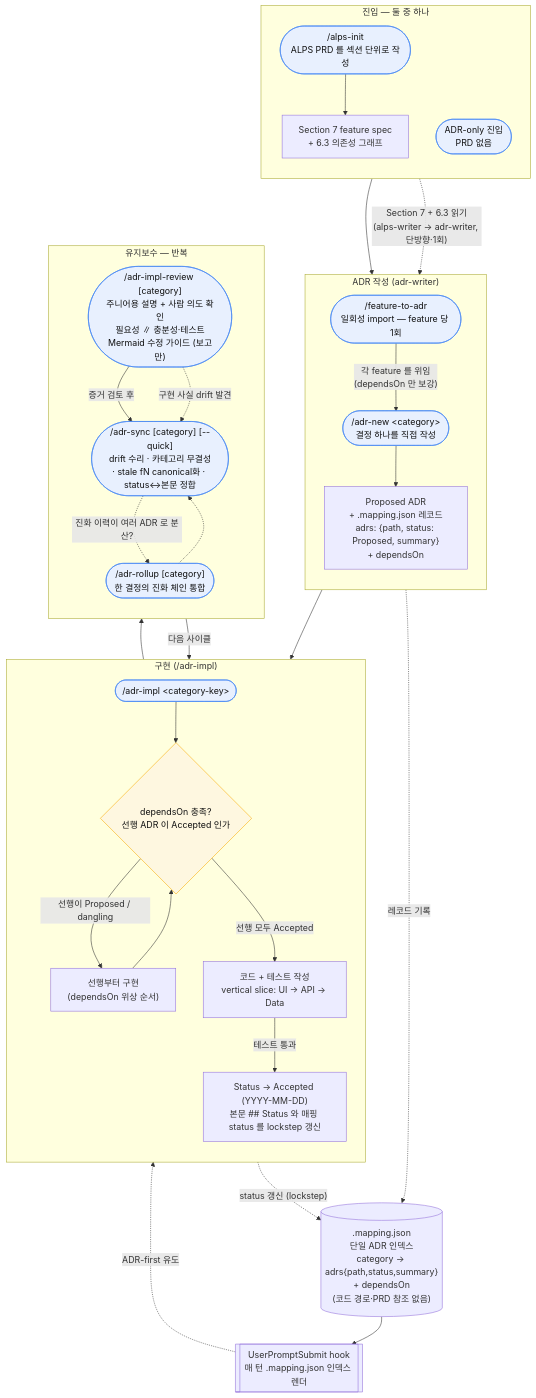
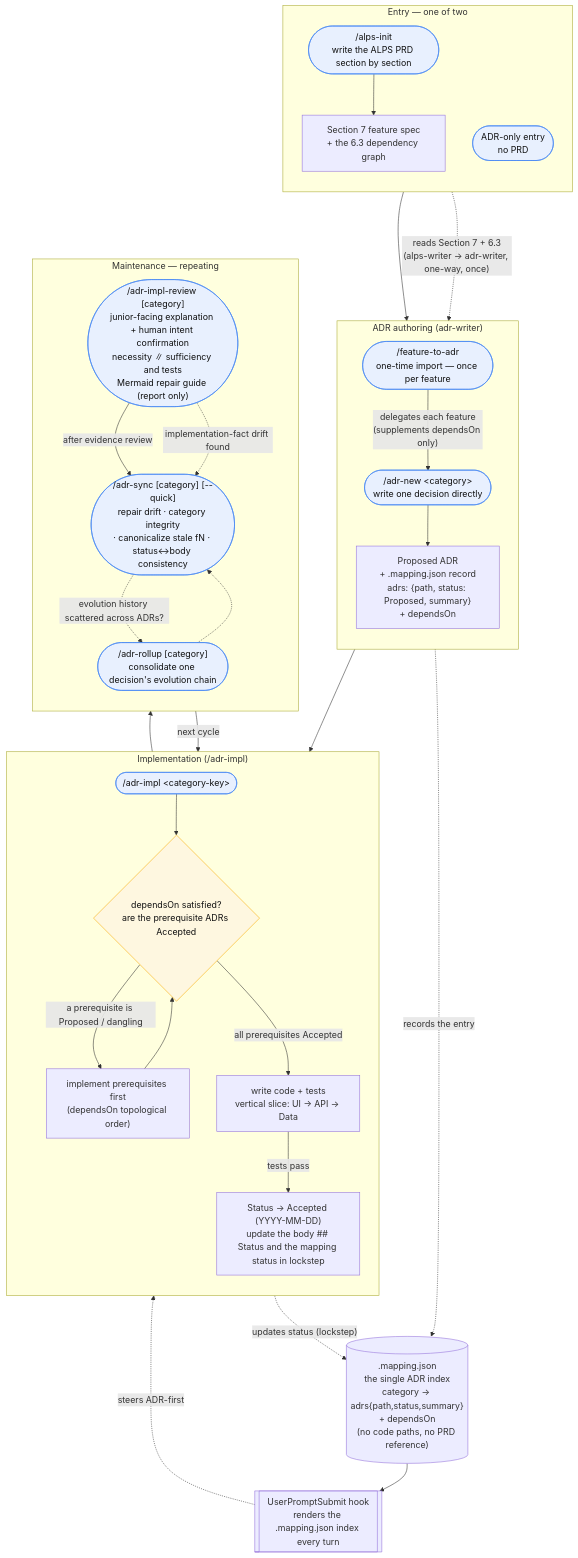
The first of 3 diagrams in docs/adr-process.md (haandol/alps-writer-mcp), drawn with Mermaid before and after one commit. The commit also changed other lines of this file and 40 other files, not shown here.

````diff
--- a/docs/adr-process.md
+++ b/docs/adr-process.md
@@ -15,63 +15,63 @@
 ```mermaid
 flowchart TD
-    subgraph entry["진입 — 둘 중 하나"]
+    subgraph entry["Entry — one of two"]
         direction TB
-        AlpsInit(["/alps-init<br/>ALPS PRD 를 섹션 단위로 작성"])
-        S7["Section 7 feature spec<br/>+ 6.3 의존성 그래프"]
+        AlpsInit(["/alps-init<br/>write the ALPS PRD section by section"])
+        S7["Section 7 feature spec<br/>+ the 6.3 dependency graph"]
         AlpsInit --> S7
-        ADROnly(["ADR-only 진입<br/>PRD 없음"])
+        ADROnly(["ADR-only entry<br/>no PRD"])
     end
 
-    subgraph author["ADR 작성 (adr-writer)"]
+    subgraph author["ADR authoring (adr-writer)"]
         direction TB
-        F2A(["/feature-to-adr<br/>일회성 import — feature 당 1회"])
-        New(["/adr-new &lt;category&gt;<br/>결정 하나를 직접 작성"])
-        Proposed["Proposed ADR<br/>+ .mapping.json 레코드<br/>adrs: {path, status: Proposed, summary}<br/>+ dependsOn"]
-        F2A -->|"각 feature 를 위임<br/>(dependsOn 만 보강)"| New
+        F2A(["/feature-to-adr<br/>one-time import — once per feature"])
+        New(["/adr-new &lt;category&gt;<br/>write one decision directly"])
+        Proposed["Proposed ADR<br/>+ .mapping.json record<br/>adrs: {path, status: Proposed, summary}<br/>+ dependsOn"]
+        F2A -->|"delegates each feature<br/>(supplements dependsOn only)"| New
         New --> Proposed
     end
 
-    subgraph impl["구현 (/adr-impl)"]
+    subgraph impl["Implementation (/adr-impl)"]
         direction TB
         Impl(["/adr-impl &lt;category-key&gt;"])
-        Gate{"dependsOn 충족?<br/>선행 ADR 이 Accepted 인가"}
-        Prereq["선행부터 구현<br/>(dependsOn 위상 순서)"]
-        Code["코드 + 테스트 작성<br/>vertical slice: UI → API → Data"]
-        Accepted["Status → Accepted (YYYY-MM-DD)<br/>본문 ## Status 와 매핑 status 를 lockstep 갱신"]
+        Gate{"dependsOn satisfied?<br/>are the prerequisite ADRs Accepted"}
+        Prereq["implement prerequisites first<br/>(dependsOn topological order)"]
+        Code["write code + tests<br/>vertical slice: UI → API → Data"]
+        Accepted["Status → Accepted (YYYY-MM-DD)<br/>update the body ## Status and the mapping status in lockstep"]
         Impl --> Gate
-        Gate -->|"선행이 Proposed / dangling"| Prereq
+        Gate -->|"a prerequisite is Proposed / dangling"| Prereq
         Prereq --> Gate
-        Gate -->|"선행 모두 Accepted"| Code
-        Code -->|"테스트 통과"| Accepted
+        Gate -->|"all prerequisites Accepted"| Code
+        Code -->|"tests pass"| Accepted
     end
 
-    subgraph maint["유지보수 — 반복"]
+    subgraph maint["Maintenance — repeating"]
         direction TB
-        Review(["/adr-impl-review [category]<br/>주니어용 설명 + 사람 의도 확인<br/>필요성 ∥ 충분성·테스트<br/>Mermaid 수정 가이드 (보고만)"])
-        Sync(["/adr-sync [category] [--quick]<br/>drift 수리 · 카테고리 무결성<br/>· stale fN canonical화 · status↔본문 정합"])
-        Rollup(["/adr-rollup [category]<br/>한 결정의 진화 체인 통합"])
+        Review(["/adr-impl-review [category]<br/>junior-facing explanation + human intent confirmation<br/>necessity ∥ sufficiency and tests<br/>Mermaid repair guide (report only)"])
+        Sync(["/adr-sync [category] [--quick]<br/>repair drift · category integrity<br/>· canonicalize stale fN · status↔body consistency"])
+        Rollup(["/adr-rollup [category]<br/>consolidate one decision's evolution chain"])
     end
 
-    Mapping[(".mapping.json<br/>단일 ADR 인덱스<br/>category → adrs{path,status,summary}<br/>+ dependsOn<br/>(코드 경로·PRD 참조 없음)")]
-    Hook[["UserPromptSubmit hook<br/>매 턴 .mapping.json 인덱스 렌더"]]
+    Mapping[(".mapping.json<br/>the single ADR index<br/>category → adrs{path,status,summary}<br/>+ dependsOn<br/>(no code paths, no PRD reference)")]
+    Hook[["UserPromptSubmit hook<br/>renders the .mapping.json index every turn"]]
 
-    S7 -.->|"Section 7 + 6.3 읽기<br/>(alps-writer → adr-writer, 단방향·1회)"| F2A
+    S7 -.->|"reads Section 7 + 6.3<br/>(alps-writer → adr-writer, one-way, once)"| F2A
     ADROnly --> New
     Proposed --> Impl
     Accepted --> Review
-    Review -->|"증거 검토 후"| Sync
-    Review -.->|"구현 사실 drift 발견"| Sync
-    Sync -->|"다음 사이클"| Impl
-    Sync -.->|"진화 이력이 여러 ADR 로 분산?"| Rollup
+    Review -->|"after evidence review"| Sync
+    Review -.->|"implementation-fact drift found"| Sync
+    Sync -->|"next cycle"| Impl
+    Sync -.->|"evolution history scattered across ADRs?"| Rollup
     Rollup -.-> Sync
 
-    Proposed -.->|"레코드 기록"| Mapping
-    Accepted -.->|"status 갱신 (lockstep)"| Mapping
+    Proposed -.->|"records the entry"| Mapping
+    Accepted -.->|"updates status (lockstep)"| Mapping
     Mapping --> Hook
-    Hook -.->|"ADR-first 유도"| Impl
+    Hook -.->|"steers ADR-first"| Impl
 
     classDef cmd fill:#e8f0fe,stroke:#4285f4,color:#111;
     classDef gate fill:#fef7e0,stroke:#f9ab00,color:#111;
     class AlpsInit,F2A,New,Impl,Review,Sync,Rollup,ADROnly cmd;
     class Gate gate;
 ```
````
